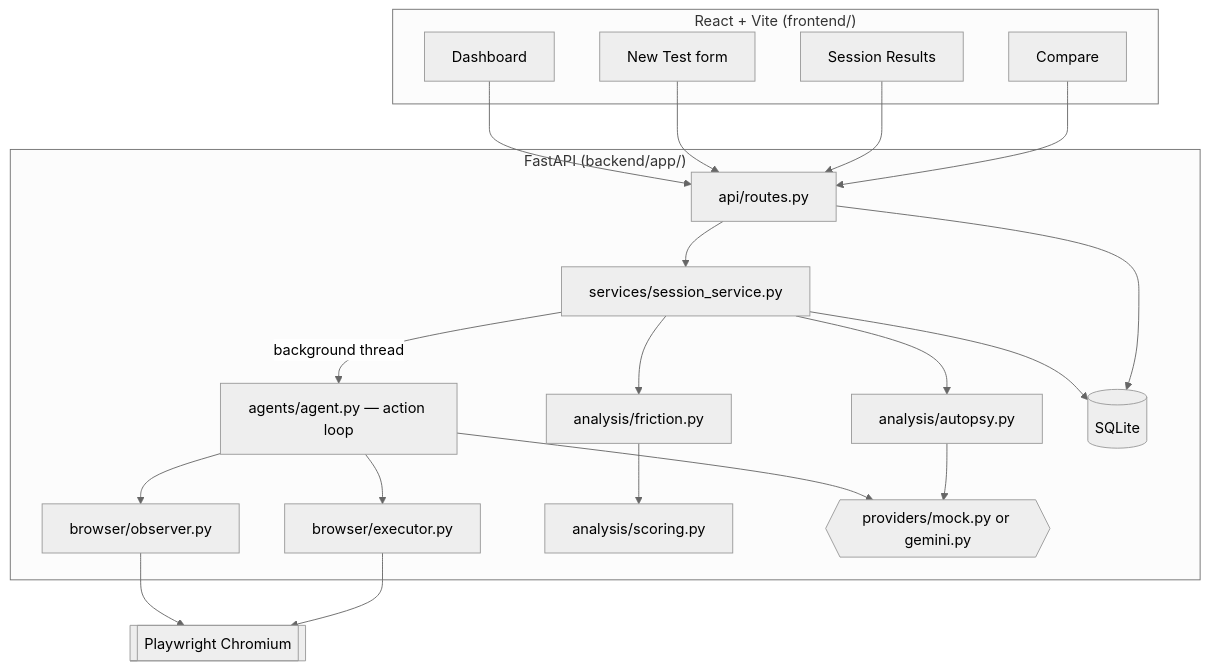
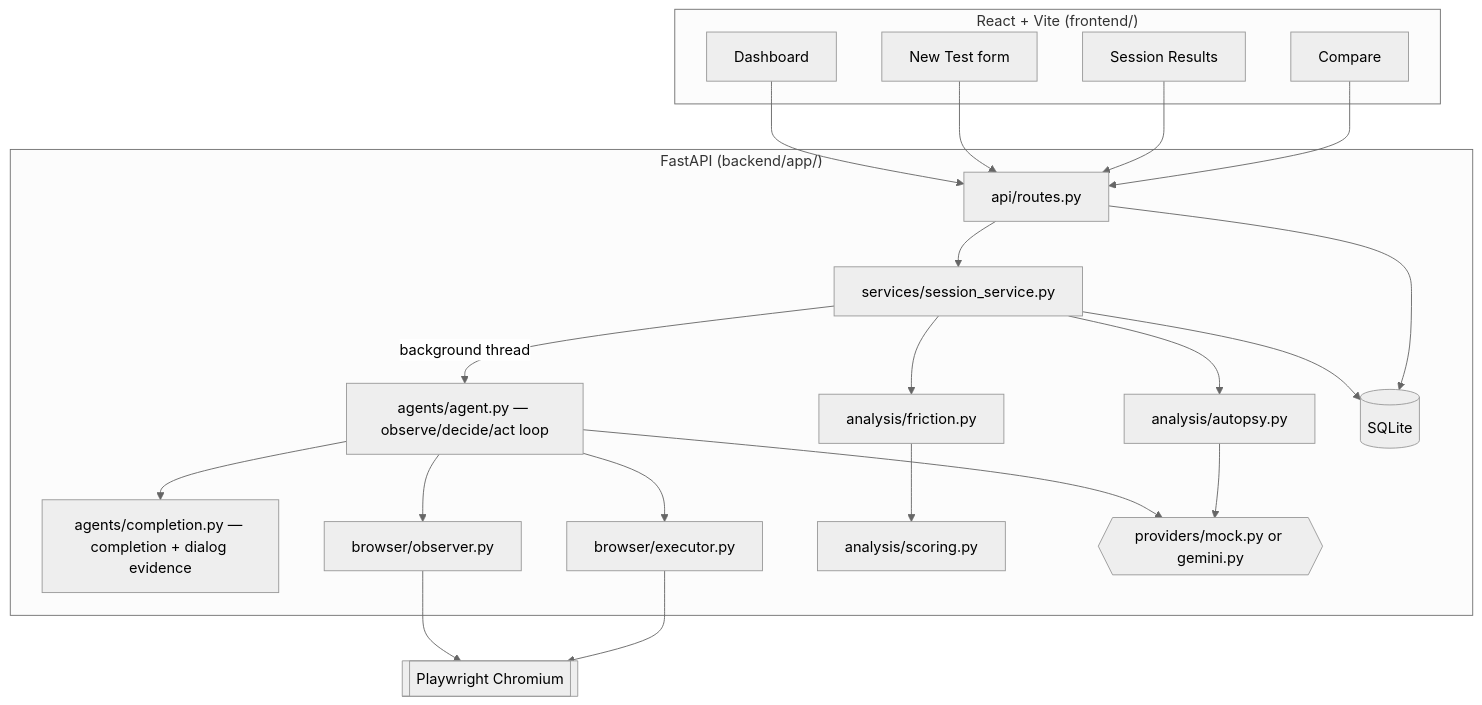
One commit to chintasankarraj/ux-autopsy changed the diagram in README.md. Above: the diagram before and after it, drawn with Mermaid (neutral theme). The commit also changed other lines of this file and 1 other file, not shown here.

````diff
--- a/README.md
+++ b/README.md
@@ -81,38 +76,40 @@
 ```mermaid
 flowchart TD
     subgraph Frontend["React + Vite (frontend/)"]
         Dash[Dashboard]
         New[New Test form]
         Results[Session Results]
         Compare[Compare]
     end
 
     subgraph Backend["FastAPI (backend/app/)"]
         API[api/routes.py]
         Svc[services/session_service.py]
-        Agent[agents/agent.py — action loop]
+        Agent[agents/agent.py — observe/decide/act loop]
+        Completion[agents/completion.py — completion + dialog evidence]
         Obs[browser/observer.py]
         Exec[browser/executor.py]
         Friction[analysis/friction.py]
         Score[analysis/scoring.py]
         Autopsy[analysis/autopsy.py]
         Prov{{providers/mock.py or gemini.py}}
         DB[(SQLite)]
     end
 
     Browser[[Playwright Chromium]]
 
     Dash --> API
     New --> API
     Results --> API
     Compare --> API
     API --> Svc
     Svc -->|background thread| Agent
     Agent --> Obs --> Browser
     Agent --> Exec --> Browser
+    Agent --> Completion
     Agent --> Prov
     Svc --> Friction --> Score
     Svc --> Autopsy --> Prov
     Svc --> DB
     API --> DB
 ```
````
